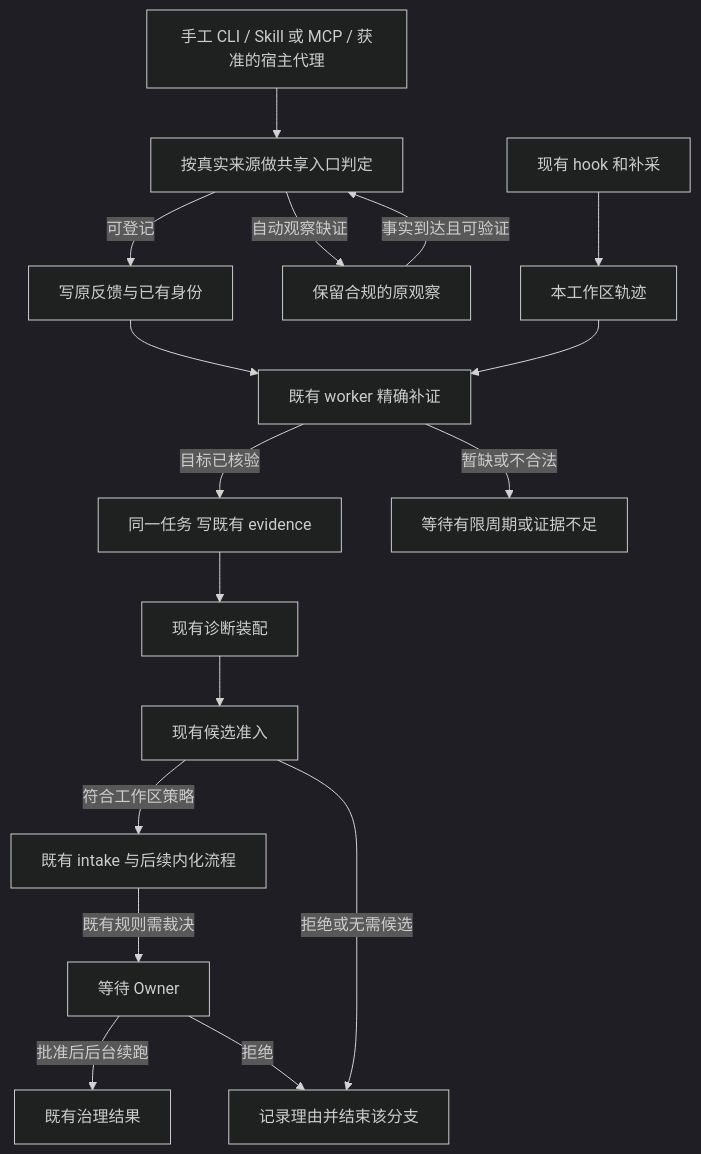
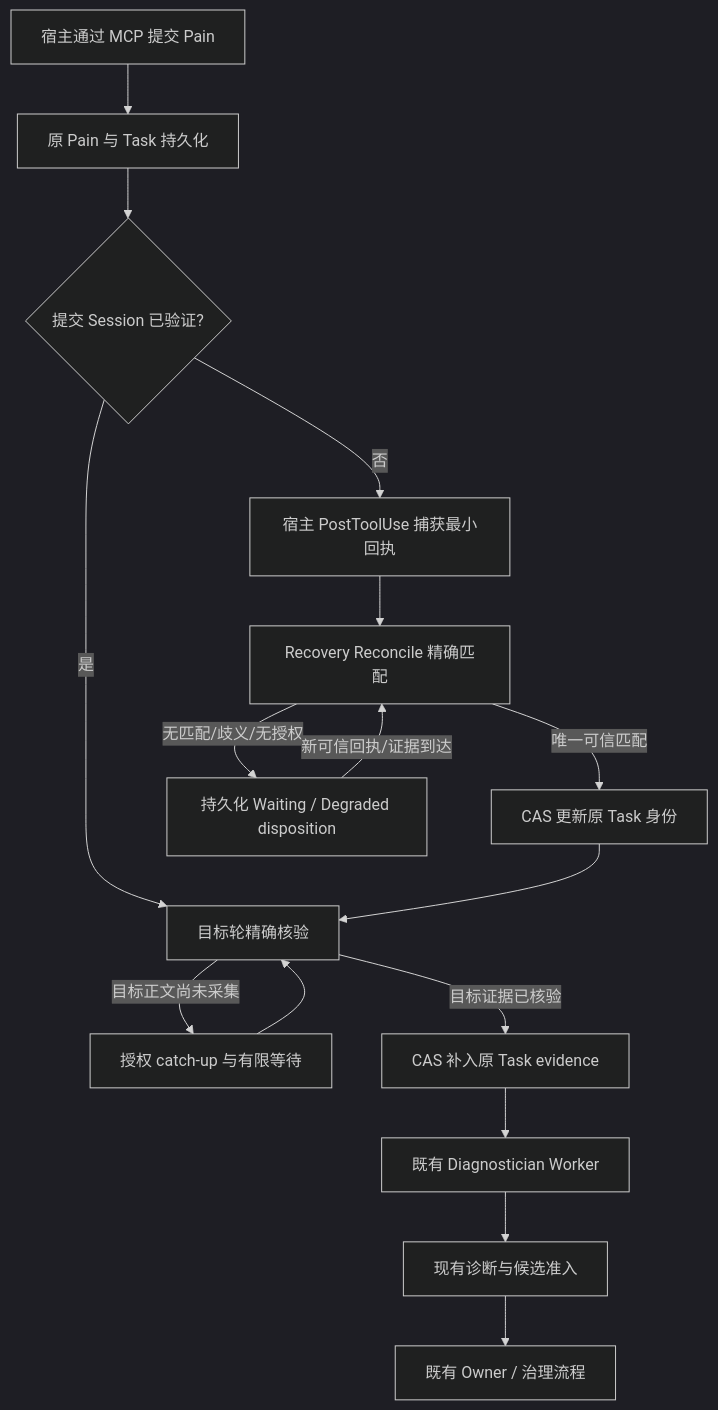
Before and after one commit to csuzngjh/principles: the diagram in docs/specs/SPEC-PD-FEEDBACK-RESILIENCE-001-TECHNICAL-DESIGN.md, drawn with Mermaid (dark theme). The commit also changed other lines of this file and 1 other file, not shown here.

Commit message:
docs(pd): define pain self-healing recovery loop

````diff
--- a/docs/specs/SPEC-PD-FEEDBACK-RESILIENCE-001-TECHNICAL-DESIGN.md
+++ b/docs/specs/SPEC-PD-FEEDBACK-RESILIENCE-001-TECHNICAL-DESIGN.md
@@ -116,19 +149,18 @@
 ```mermaid
 flowchart TD
-  A[手工 CLI / Skill 或 MCP / 获准的宿主代理] --> P[按真实来源做共享入口判定]
-  P -->|可登记| B[写原反馈与已有身份]
-  P -->|自动观察缺证| O[保留合规的原观察]
-  O -->|事实到达且可验证| P
-  C[现有 hook 和补采] --> D[本工作区轨迹]
-  B --> E[既有 worker 精确补证]
-  D --> E
-  E -->|目标已核验| F[同一任务 写既有 evidence]
-  E -->|暂缺或不合法| G[等待有限周期或证据不足]
-  F --> H[现有诊断装配]
-  H --> I[现有候选准入]
-  I -->|符合工作区策略| J[既有 intake 与后续内化流程]
-  I -->|拒绝或无需候选| K[记录理由并结束该分支]
-  J -->|既有规则需裁决| L[等待 Owner]
-  L -->|批准后后台续跑| M[既有治理结果]
-  L -->|拒绝| K
+  A[宿主通过 MCP 提交 Pain] --> B[原 Pain 与 Task 持久化]
+  B --> C{提交 Session 已验证?}
+  C -->|是| E[目标轮精确核验]
+  C -->|否| D[宿主 PostToolUse 捕获最小回执]
+  D --> F[Recovery Reconcile 精确匹配]
+  F -->|唯一可信匹配| G[CAS 更新原 Task 身份]
+  F -->|无匹配/歧义/无授权| W[持久化 Waiting / Degraded disposition]
+  G --> E
+  E -->|目标正文尚未采集| H[授权 catch-up 与有限等待]
+  H --> E
+  E -->|目标证据已核验| I[CAS 补入原 Task evidence]
+  I --> J[既有 Diagnostician Worker]
+  J --> K[现有诊断与候选准入]
+  K --> L[既有 Owner / 治理流程]
+  W -->|新可信回执/证据到达| F
 ```
````
